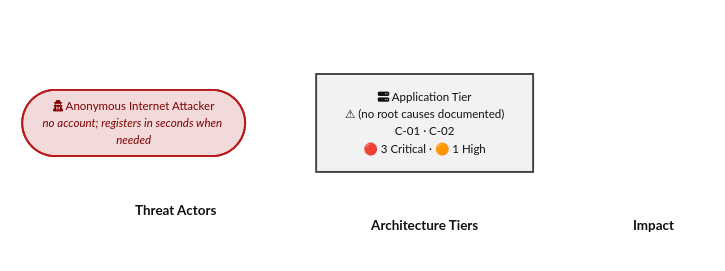
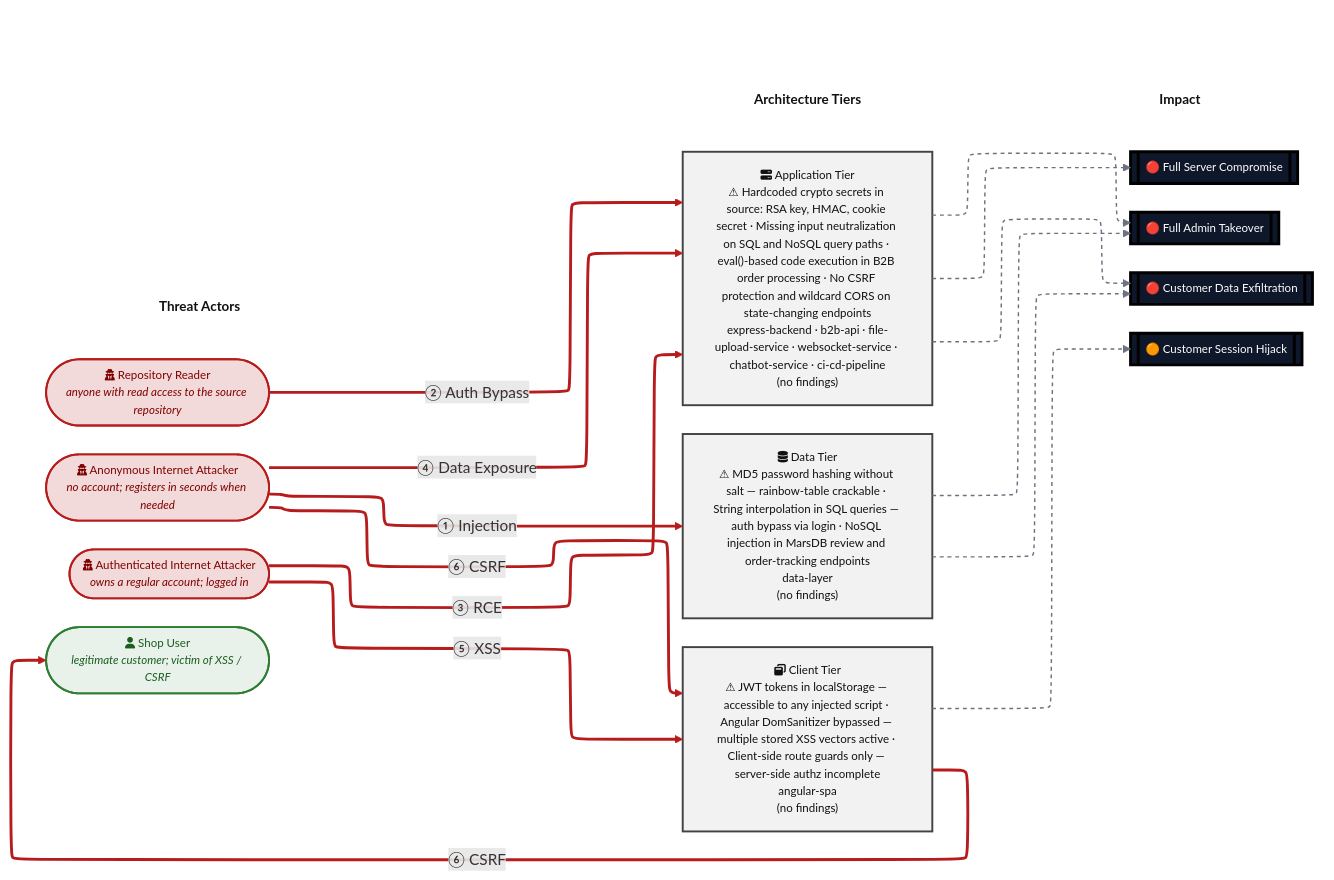
One commit to appsec-foundry/appsec-advisor changed the first of 16 diagrams in examples/threat-modeler/threat-model-juice-shop-thorough.md. Above: the diagram before and after it, drawn with Mermaid. The commit also changed other lines of this file and 10 other files, not shown here.

````diff
--- a/examples/threat-modeler/threat-model-juice-shop-thorough.md
+++ b/examples/threat-modeler/threat-model-juice-shop-thorough.md
@@ -90,54 +100,81 @@
 ```mermaid
 %%{init: {"flowchart": {"defaultRenderer": "elk", "nodeSpacing": 40, "rankSpacing": 80}} }%%
 flowchart LR
     subgraph ACTORS[" "]
         direction TB
         HDR_A["<b>Threat Actors</b>"]:::columnHeader
+        SHOPUSER(["fa:fa-user Shop User<br/><i>legitimate customer; victim of XSS / CSRF</i>"]):::actorShopUser
         ANON(["fa:fa-user-secret Anonymous Internet Attacker<br/><i>no account; registers in seconds when needed</i>"]):::actorAnon
+        INTERNET_USER(["fa:fa-user-secret Authenticated Internet Attacker<br/><i>owns a regular account; logged in</i>"]):::actorAnon
+        REPO_READ(["fa:fa-user-secret Repository Reader<br/><i>anyone with read access to the source repository</i>"]):::actorAnon
     end
 
     subgraph TIERS[" "]
         direction TB
         HDR_T["<b>Architecture Tiers</b>"]:::columnHeader
-        SERVER["fa:fa-server Application Tier<br/>⚠ (no root causes documented)<br/>C-01 · C-02<br/>🔴 3 Critical · 🟠 1 High"]:::tierApp
+        BROWSER["fa:fa-window-restore Client Tier<br/>⚠ JWT tokens in localStorage — accessible to any injected script · Angular DomSanitizer bypassed — multiple stored XSS vectors active · Client-side route guards only — server-side authz incomplete<br/>angular-spa<br/>(no findings)"]:::tierClient
+        SERVER["fa:fa-server Application Tier<br/>⚠ Hardcoded crypto secrets in source: RSA key, HMAC, cookie secret · Missing input neutralization on SQL and NoSQL query paths · eval()-based code execution in B2B order processing · No CSRF protection and wildcard CORS on state-changing endpoints<br/>express-backend · b2b-api · file-upload-service · websocket-service · chatbot-service · ci-cd-pipeline<br/>(no findings)"]:::tierApp
+        DATA["fa:fa-database Data Tier<br/>⚠ MD5 password hashing without salt — rainbow-table crackable · String interpolation in SQL queries — auth bypass via login · NoSQL injection in MarsDB review and order-tracking endpoints<br/>data-layer<br/>(no findings)"]:::tierData
     end
 
     subgraph IMPACT[" "]
         direction TB
         HDR_I["<b>Impact</b>"]:::columnHeader
+        CUSTOMER_SESSION_HIJACK[["🟠 Customer Session Hijack"]]:::impact
+        FULL_ADMIN_TAKEOVER[["🔴 Full Admin Takeover"]]:::impact
+        FULL_SERVER_COMPROMISE[["🔴 Full Server Compromise"]]:::impact
+        CUSTOMER_DATA_EXFILTRATION[["🔴 Customer Data Exfiltration"]]:::impact
     end
 
     %% Invisible alignment hints. Two purposes:
     %%   (a) keep the per-component alignment edges (e.g. SHOPUSER --- BROWSER,
     %%       ANON --- SERVER) so attack arrows route horizontally without
     %%       crossing tier boxes;
     %%   (b) chain the three column headers (HDR_A, HDR_T, HDR_I) across
     %%       subgraph boundaries so ELK pins them on the same Y line.
     HDR_A --- HDR_T
     HDR_T --- HDR_I
+    SHOPUSER --- BROWSER
     ANON --- SERVER
 
     %% Attack arrows
+    ANON ==>|" ① Injection "| DATA
+    REPO_READ ==>|" ② Auth Bypass "| SERVER
+    INTERNET_USER ==>|" ③ RCE "| SERVER
+    ANON ==>|" ④ Data Exposure "| SERVER
+    INTERNET_USER ==>|" ⑤ XSS "| BROWSER
+    ANON ==>|" ⑥ CSRF "| BROWSER
+
+    %% Relay arrows (client tier → victim; delivery half of victim-targeting paths)
+    BROWSER ==>|" ⑥ CSRF "| SHOPUSER
 
     %% Consequence arrows (tier → business impact, all LR-forward)
+    DATA -.-> FULL_ADMIN_TAKEOVER
+    DATA -.-> CUSTOMER_DATA_EXFILTRATION
+    SERVER -.-> FULL_ADMIN_TAKEOVER
+    SERVER -.-> FULL_SERVER_COMPROMISE
+    SERVER -.-> CUSTOMER_DATA_EXFILTRATION
+    BROWSER -.-> CUSTOMER_SESSION_HIJACK
 
     %% Subgraph frames invisible — column headers are emitted as the
     %% FIRST node of each subgraph (HDR_A / HDR_T / HDR_I) and pinned
     %% on the same Y line by the cross-subgraph alignment edges above.
     style ACTORS fill:none,stroke:none
     style TIERS  fill:none,stroke:none
     style IMPACT fill:none,stroke:none
 
     classDef tierClient fill:#f2f2f2,stroke:#424242,color:#111,stroke-width:2px,font-size:12px
     classDef tierApp    fill:#f2f2f2,stroke:#424242,color:#111,stroke-width:2px,font-size:12px
     classDef tierData   fill:#f2f2f2,stroke:#424242,color:#111,stroke-width:2px,font-size:12px
 
     classDef actorAnon     fill:#f3dada,stroke:#b71c1c,color:#7f0000,stroke-width:2px,font-size:12px
     classDef actorShopUser fill:#e8f1ea,stroke:#2e7d32,color:#1b5e20,stroke-width:2px,font-size:12px
     classDef impact        fill:#0f172a,stroke:#000,color:#fff,stroke-width:3px,font-size:12px
 
     classDef columnHeader  fill:none,stroke:none,color:#111,font-size:14px
 
-    linkStyle 0,1,2     stroke:transparent,stroke-width:0px
+    linkStyle 0,1,2,3     stroke:transparent,stroke-width:0px
+    linkStyle 4,5,6,7,8,9,10     stroke:#b71c1c,stroke-width:3px
+    linkStyle 11,12,13,14,15,16     stroke:#6b7280,stroke-width:1.5px,stroke-dasharray:4
 
 ```
````
